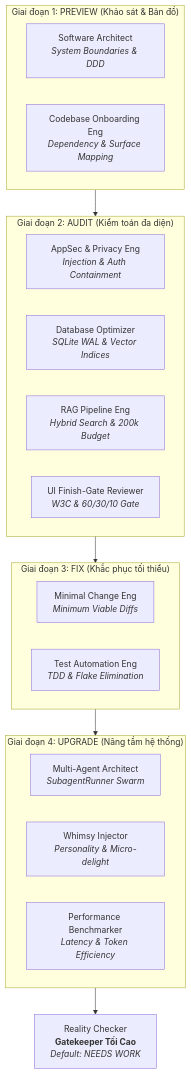
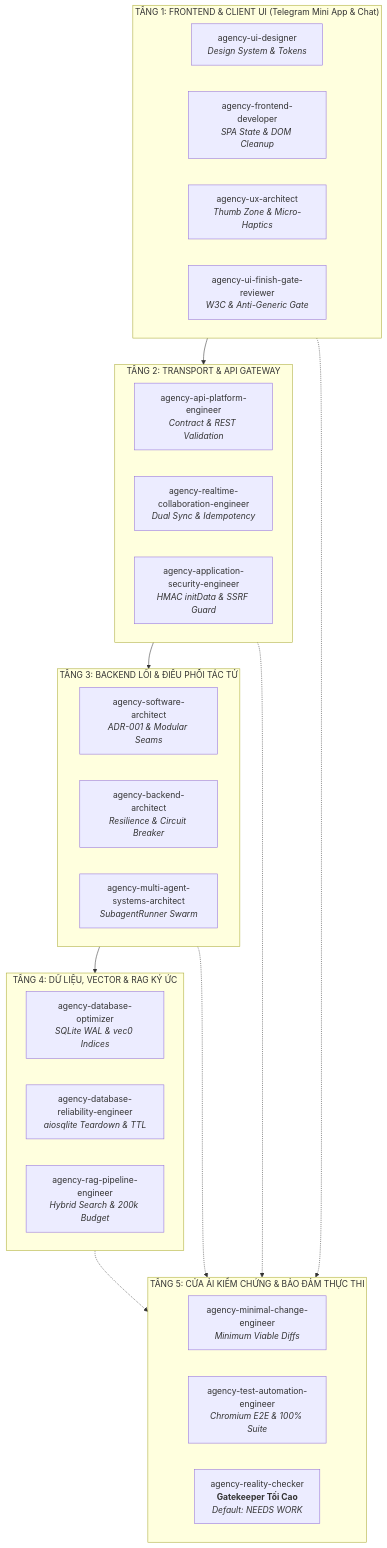
The diagram in docs/plans/2026-10-30-agency-preview-audit-fix-upgrade-plan.md (mmmnhat/mulon-v2), drawn with Mermaid before and after one commit. The commit also changed other lines of this file and 1 other file, not shown here.

First line of the commit message:
docs(plan): extend [T-39] to Full-Stack scope (Frontend to Backend)

````diff
--- a/docs/plans/2026-10-30-agency-preview-audit-fix-upgrade-plan.md
+++ b/docs/plans/2026-10-30-agency-preview-audit-fix-upgrade-plan.md
@@ -16,29 +15,39 @@
 ```mermaid
 flowchart TD
-    subgraph G1["Giai đoạn 1: PREVIEW (Khảo sát & Bản đồ)"]
-        SA["Software Architect<br/><i>System Boundaries & DDD</i>"]
-        COE["Codebase Onboarding Eng<br/><i>Dependency & Surface Mapping</i>"]
+    subgraph FE["TẦNG 1: FRONTEND & CLIENT UI (Telegram Mini App & Chat)"]
+        UI_D["agency-ui-designer<br/><i>Design System & Tokens</i>"]
+        FE_D["agency-frontend-developer<br/><i>SPA State & DOM Cleanup</i>"]
+        UX_A["agency-ux-architect<br/><i>Thumb Zone & Micro-Haptics</i>"]
+        UI_G["agency-ui-finish-gate-reviewer<br/><i>W3C & Anti-Generic Gate</i>"]
     end
 
-    subgraph G2["Giai đoạn 2: AUDIT (Kiểm toán đa diện)"]
-        ASE["AppSec & Privacy Eng<br/><i>Injection & Auth Containment</i>"]
-        DBO["Database Optimizer<br/><i>SQLite WAL & Vector Indices</i>"]
-        RAG["RAG Pipeline Eng<br/><i>Hybrid Search & 200k Budget</i>"]
-        UIR["UI Finish-Gate Reviewer<br/><i>W3C & 60/30/10 Gate</i>"]
+    subgraph API["TẦNG 2: TRANSPORT & API GATEWAY"]
+        API_E["agency-api-platform-engineer<br/><i>Contract & REST Validation</i>"]
+        RTC_E["agency-realtime-collaboration-engineer<br/><i>Dual Sync & Idempotency</i>"]
+        SEC_E["agency-application-security-engineer<br/><i>HMAC initData & SSRF Guard</i>"]
     end
 
-    subgraph G3["Giai đoạn 3: FIX (Khắc phục tối thiểu)"]
-        MCE["Minimal Change Eng<br/><i>Minimum Viable Diffs</i>"]
-        TAE["Test Automation Eng<br/><i>TDD & Flake Elimination</i>"]
+    subgraph CORE["TẦNG 3: BACKEND LÕI & ĐIỀU PHỐI TÁC TỬ"]
+        S_ARC["agency-software-architect<br/><i>ADR-001 & Modular Seams</i>"]
+        B_ARC["agency-backend-architect<br/><i>Resilience & Circuit Breaker</i>"]
+        MAS_A["agency-multi-agent-systems-architect<br/><i>SubagentRunner Swarm</i>"]
     end
 
-    subgraph G4["Giai đoạn 4: UPGRADE (Nâng tầm hệ thống)"]
-        MAS["Multi-Agent Architect<br/><i>SubagentRunner Swarm</i>"]
-        WHI["Whimsy Injector<br/><i>Personality & Micro-delight</i>"]
-        PEB["Performance Benchmarker<br/><i>Latency & Token Efficiency</i>"]
+    subgraph DATA["TẦNG 4: DỮ LIỆU, VECTOR & RAG KÝ ỨC"]
+        DB_O["agency-database-optimizer<br/><i>SQLite WAL & vec0 Indices</i>"]
+        DBR_E["agency-database-reliability-engineer<br/><i>aiosqlite Teardown & TTL</i>"]
+        RAG_E["agency-rag-pipeline-engineer<br/><i>Hybrid Search & 200k Budget</i>"]
     end
 
-    RC["Reality Checker<br/><b>Gatekeeper Tối Cao</b><br/><i>Default: NEEDS WORK</i>"]
+    subgraph GATE["TẦNG 5: CỬA ẢI KIỂM CHỨNG & BẢO ĐẢM THỰC THI"]
+        MCE["agency-minimal-change-engineer<br/><i>Minimum Viable Diffs</i>"]
+        TAE["agency-test-automation-engineer<br/><i>Chromium E2E & 100% Suite</i>"]
+        RC["agency-reality-checker<br/><b>Gatekeeper Tối Cao</b><br/><i>Default: NEEDS WORK</i>"]
+    end
 
-    G1 --> G2 --> G3 --> G4 --> RC
+    FE --> API --> CORE --> DATA
+    CORE -.-> GATE
+    FE -.-> GATE
+    API -.-> GATE
+    DATA -.-> GATE
 ```
````
